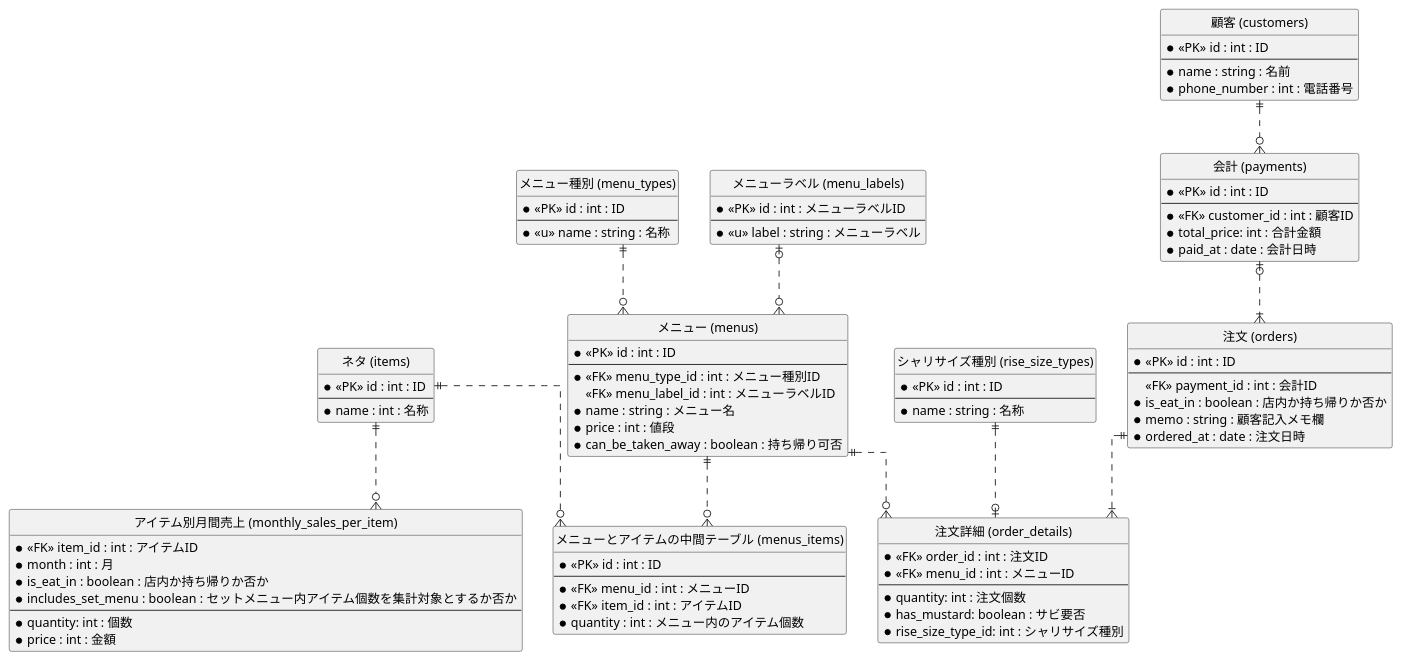
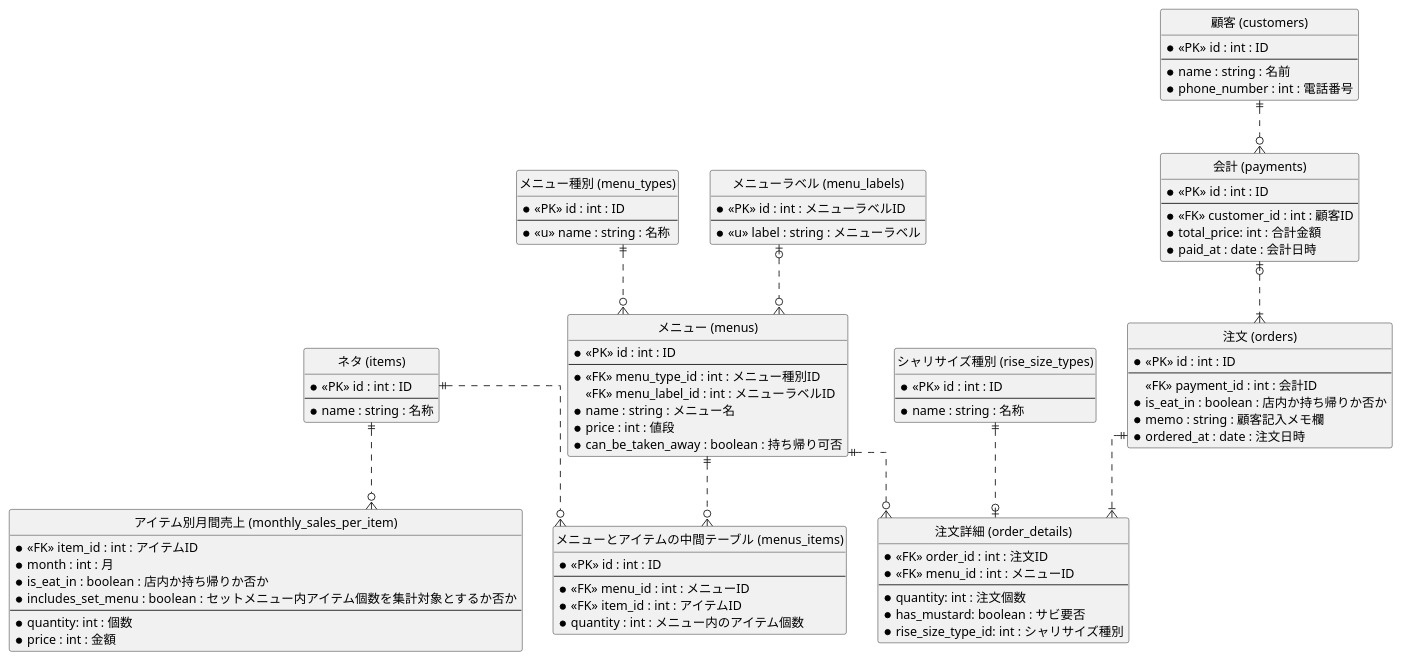
The diagram in 01.データベース設計/DBモデリング1/ER/SushiOrderWithMonthlyAggregation.pu (blueglasses1995/PrAhaChallenge), drawn with PlantUML before and after one commit. The commit also changed 1 other file, not shown here.

Commit message:
feat: add er diagram by immutable data modeling

```diff
--- a/01.データベース設計/DBモデリング1/ER/SushiOrderWithMonthlyAggregation.pu
+++ b/01.データベース設計/DBモデリング1/ER/SushiOrderWithMonthlyAggregation.pu
@@ -1,101 +1,101 @@
 @startuml sushi
  hide circle
  skinparam linetype ortho
  
  entity "ネタ (items)" as items {
      * <<PK>> id : int : ID
      --
-     * name : int : 名称
+     * name : string : 名称
  }
 
  entity "メニューとアイテムの中間テーブル (menus_items)" as menus_items {
      * <<PK>> id : int : ID
      --
      * <<FK>> menu_id : int : メニューID
      * <<FK>> item_id : int : アイテムID
      * quantity : int : メニュー内のアイテム個数
  }
 
  entity "メニュー (menus)" as menus {
      * <<PK>> id : int : ID
      --
      * <<FK>> menu_type_id : int : メニュー種別ID
      <<FK>> menu_label_id : int : メニューラベルID
      * name : string : メニュー名
      * price : int : 値段
      * can_be_taken_away : boolean : 持ち帰り可否
  }
 
  entity "メニュー種別 (menu_types)" as menu_types {
      * <<PK>> id : int : ID
      --
      * <<u>> name : string : 名称
  }
 
  entity "メニューラベル (menu_labels)" as menu_labels {
      * <<PK>> id : int : メニューラベルID
      --
      * <<u>> label : string : メニューラベル
  }
 
  entity "顧客 (customers)" as customers {
      * <<PK>> id : int : ID
      --
      * name : string : 名前
      * phone_number : int : 電話番号
  }
 
  entity "シャリサイズ種別 (rise_size_types)" as rise_size_types {
      * <<PK>> id : int : ID
      --
      * name : string : 名称
  }
 
 entity "注文 (orders)" as orders {
      * <<PK>> id : int : ID
      --
      <<FK>> payment_id : int : 会計ID
      * is_eat_in : boolean : 店内か持ち帰りか否か
      * memo : string : 顧客記入メモ欄
      * ordered_at : date : 注文日時
 }
 
 entity "会計 (payments)" as payments {
      * <<PK>> id : int : ID
      --
      * <<FK>> customer_id : int : 顧客ID
      * total_price: int : 合計金額
      * paid_at : date : 会計日時
 }
 
  entity "注文詳細 (order_details)" as order_details {
      * <<FK>> order_id : int : 注文ID
      * <<FK>> menu_id : int : メニューID
      --
      * quantity: int : 注文個数
      * has_mustard: boolean : サビ要否
      * rise_size_type_id: int : シャリサイズ種別
  }
 
  entity "アイテム別月間売上 (monthly_sales_per_item)" as monthly_sales_per_item {
      * <<FK>> item_id : int : アイテムID
      * month : int : 月
      * is_eat_in : boolean : 店内か持ち帰りか否か
      * includes_set_menu : boolean : セットメニュー内アイテム個数を集計対象とするか否か
      --
      * quantity: int : 個数
      * price : int : 金額
  }
 
 customers ||..o{ payments
 payments |o..|{ orders
 orders ||..|{ order_details
 rise_size_types ||..o| order_details
 menus ||..o{ order_details
 menu_types ||..o{ menus
 menu_labels |o..o{ menus
 menus ||..o{ menus_items
 items ||..o{ menus_items
 items ||..o{ monthly_sales_per_item
 
  @enduml
```
